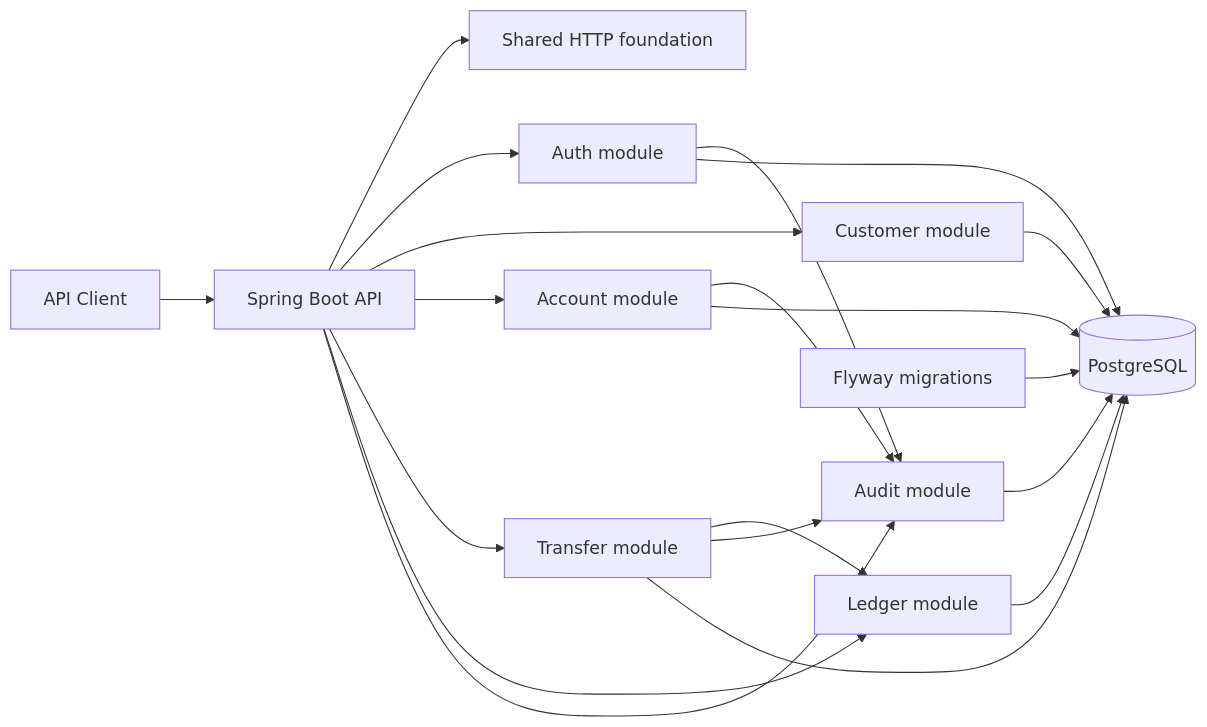
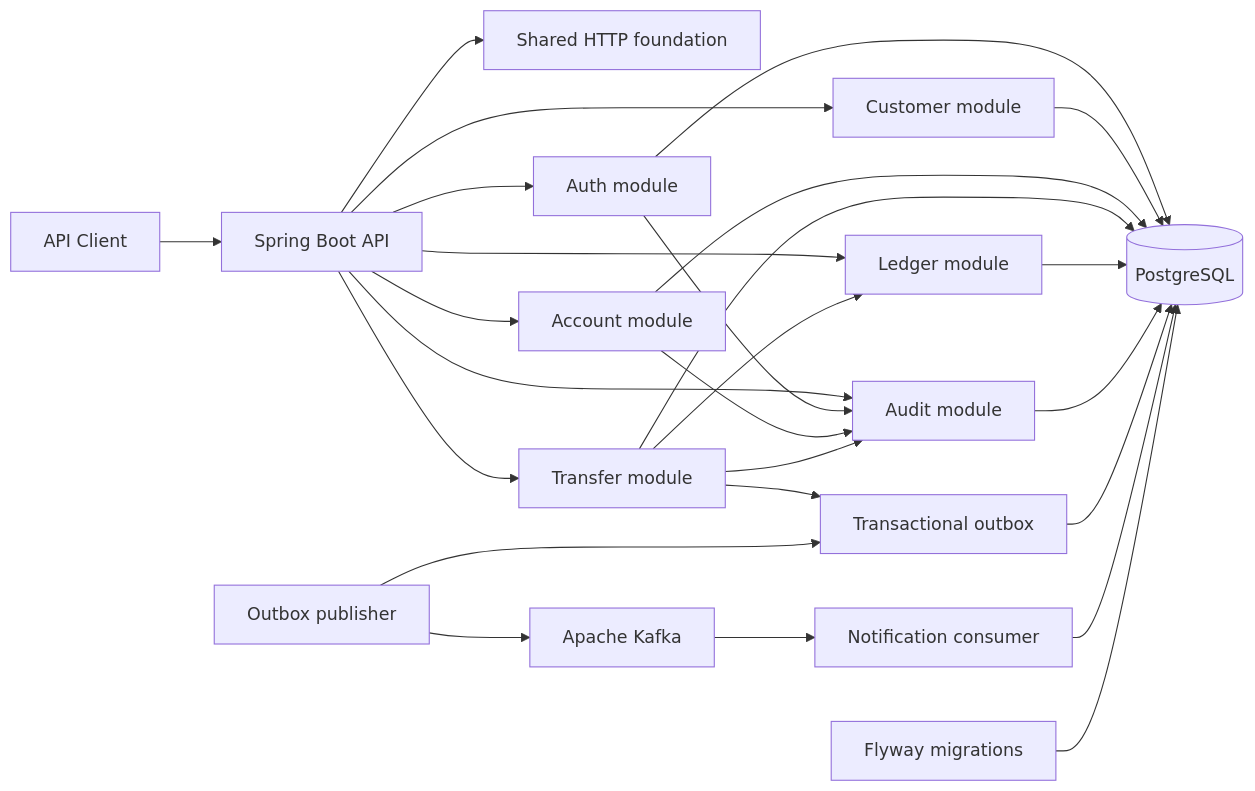
The first of 4 diagrams in README.md (Singatha/bank-forge), drawn with Mermaid before and after one commit. The commit also changed other lines of this file and 27 other files, not shown here.

Commit message:
feat(messaging): add Kafka transactional outbox and notifications

````diff
--- a/README.md
+++ b/README.md
@@ -11,22 +11,28 @@
 ```mermaid
 flowchart LR
     Client[API Client] --> API[Spring Boot API]
     API --> Shared[Shared HTTP foundation]
     API --> Auth[Auth module]
     API --> Customer[Customer module]
     API --> Account[Account module]
     API --> Transfer[Transfer module]
     API --> Ledger[Ledger module]
     API --> Audit[Audit module]
+    Transfer --> Outbox[Transactional outbox]
+    Publisher[Outbox publisher] --> Outbox
+    Publisher --> Kafka[Apache Kafka]
+    Kafka --> Notification[Notification consumer]
     Transfer --> Ledger
     Auth --> Audit
     Account --> Audit
     Transfer --> Audit
     Auth --> DB[(PostgreSQL)]
     Customer --> DB
     Account --> DB
     Transfer --> DB
     Ledger --> DB
     Audit --> DB
+    Outbox --> DB
+    Notification --> DB
     Flyway[Flyway migrations] --> DB
 ```
````
